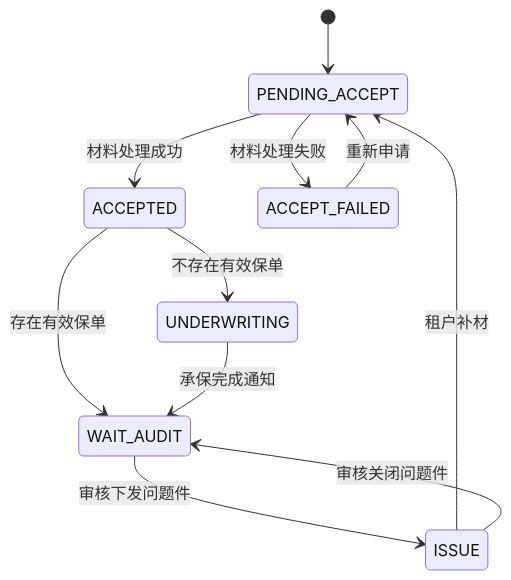
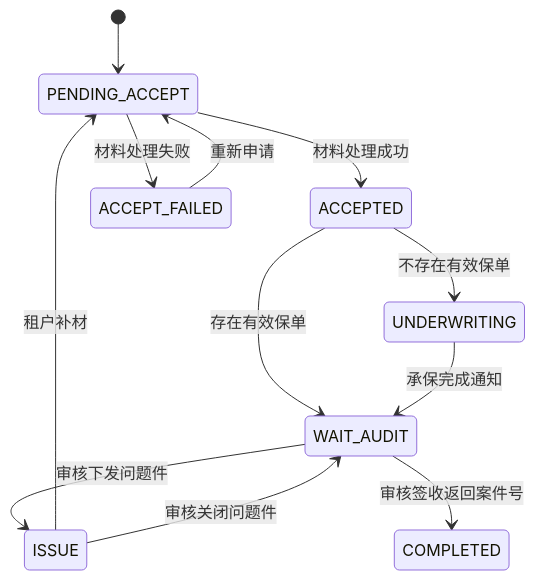
Before and after one commit to wangguangwu/claim-integration-platform: the fourth of 11 diagrams in docs/architecture/claim-application-architecture.md, drawn with Mermaid. The commit also changed other lines of this file and 59 other files, not shown here.

````diff
--- a/docs/architecture/claim-application-architecture.md
+++ b/docs/architecture/claim-application-architecture.md
@@ -253,15 +254,16 @@
 ```mermaid
 stateDiagram-v2
     [*] --> PENDING_ACCEPT
 
     PENDING_ACCEPT --> ACCEPTED: 材料处理成功
     PENDING_ACCEPT --> ACCEPT_FAILED: 材料处理失败
     ACCEPT_FAILED --> PENDING_ACCEPT: 重新申请
     ISSUE --> PENDING_ACCEPT: 租户补材
 
     ACCEPTED --> WAIT_AUDIT: 存在有效保单
     ACCEPTED --> UNDERWRITING: 不存在有效保单
     UNDERWRITING --> WAIT_AUDIT: 承保完成通知
     WAIT_AUDIT --> ISSUE: 审核下发问题件
     ISSUE --> WAIT_AUDIT: 审核关闭问题件
+    WAIT_AUDIT --> COMPLETED: 审核签收返回案件号
 ```
````
